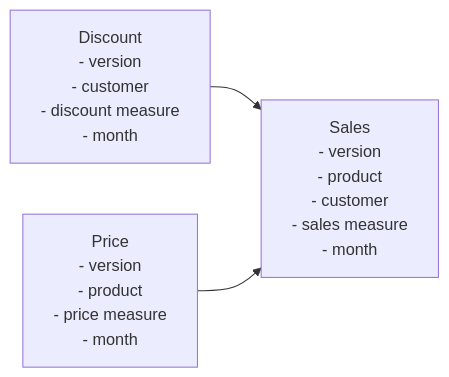
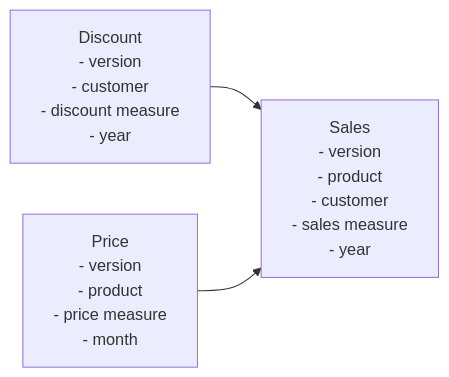
One commit to ykud/tm1bench changed the diagram in README.md. Above: the diagram before and after it, drawn with Mermaid.

````diff
--- a/README.md
+++ b/README.md
@@ -8,22 +8,22 @@
 ```mermaid
 %%{init: {"flowchart" }%%
 flowchart LR
     discount["`Discount
     - version
     - customer
     - discount measure
-    - month`"]
+    - year`"]
     price["`Price
     - version
     - product
     - price measure
     - month`"]
     sales["`Sales
     - version
     - product
     - customer
     - sales measure
-    - month`"]
+    - year`"]
     discount --> sales
     price --> sales
 ```
````
